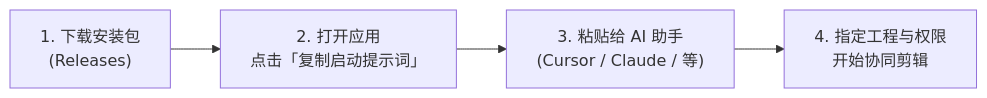
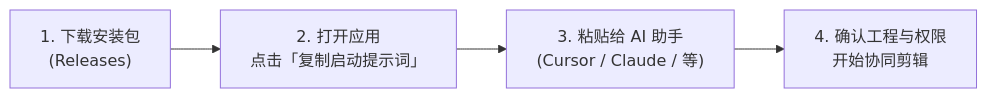
The first of 2 diagrams in README.md (yuchen-ya/reelterminal), drawn with Mermaid before and after one commit. The commit also changed other lines of this file and 1 other file, not shown here.

````diff
--- a/README.md
+++ b/README.md
@@ -76,4 +74,4 @@
 ```mermaid
 flowchart LR
-    A["1. 下载安装包<br>(Releases)"] --> B["2. 打开应用<br>点击「复制启动提示词」"] --> C["3. 粘贴给 AI 助手<br>(Cursor / Claude / 等)"] --> D["4. 指定工程与权限<br>开始协同剪辑"]
+    A["1. 下载安装包<br>(Releases)"] --> B["2. 打开应用<br>点击「复制启动提示词」"] --> C["3. 粘贴给 AI 助手<br>(Cursor / Claude / 等)"] --> D["4. 确认工程与权限<br>开始协同剪辑"]
 ```
````
